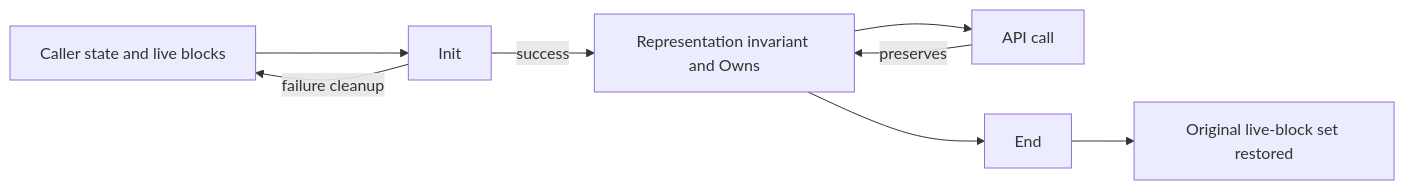
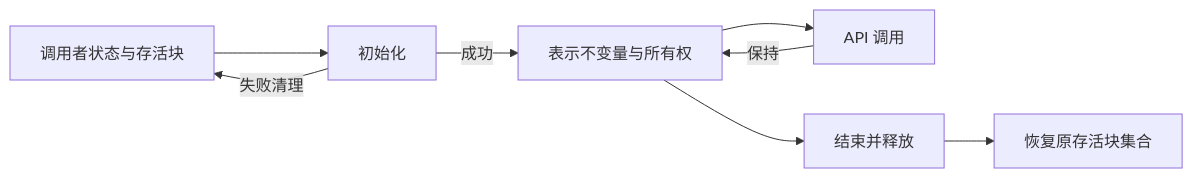
Before and after one commit to cla7aye15I4nd/zlib-f: the second of 2 diagrams in site/translations/proof/method.zh.md, drawn with Mermaid. The commit also changed other lines of this file and 61 other files, not shown here.

````diff
--- a/site/translations/proof/method.zh.md
+++ b/site/translations/proof/method.zh.md
@@ -73,10 +83,10 @@
 ```mermaid
 flowchart LR
-    Before["Caller state and live blocks"] --> Init["Init"]
-    Init -->|success| Inv["Representation invariant and Owns"]
-    Init -->|failure cleanup| Before
-    Inv --> Call["API call"]
-    Call -->|preserves| Inv
-    Inv --> End["End"]
-    End --> Released["Original live-block set restored"]
+    Before["调用者状态与存活块"] --> Init["初始化"]
+    Init -->|成功| Inv["表示不变量与所有权"]
+    Init -->|失败清理| Before
+    Inv --> Call["API 调用"]
+    Call -->|保持| Inv
+    Inv --> End["结束并释放"]
+    End --> Released["恢复原存活块集合"]
 ```
````
